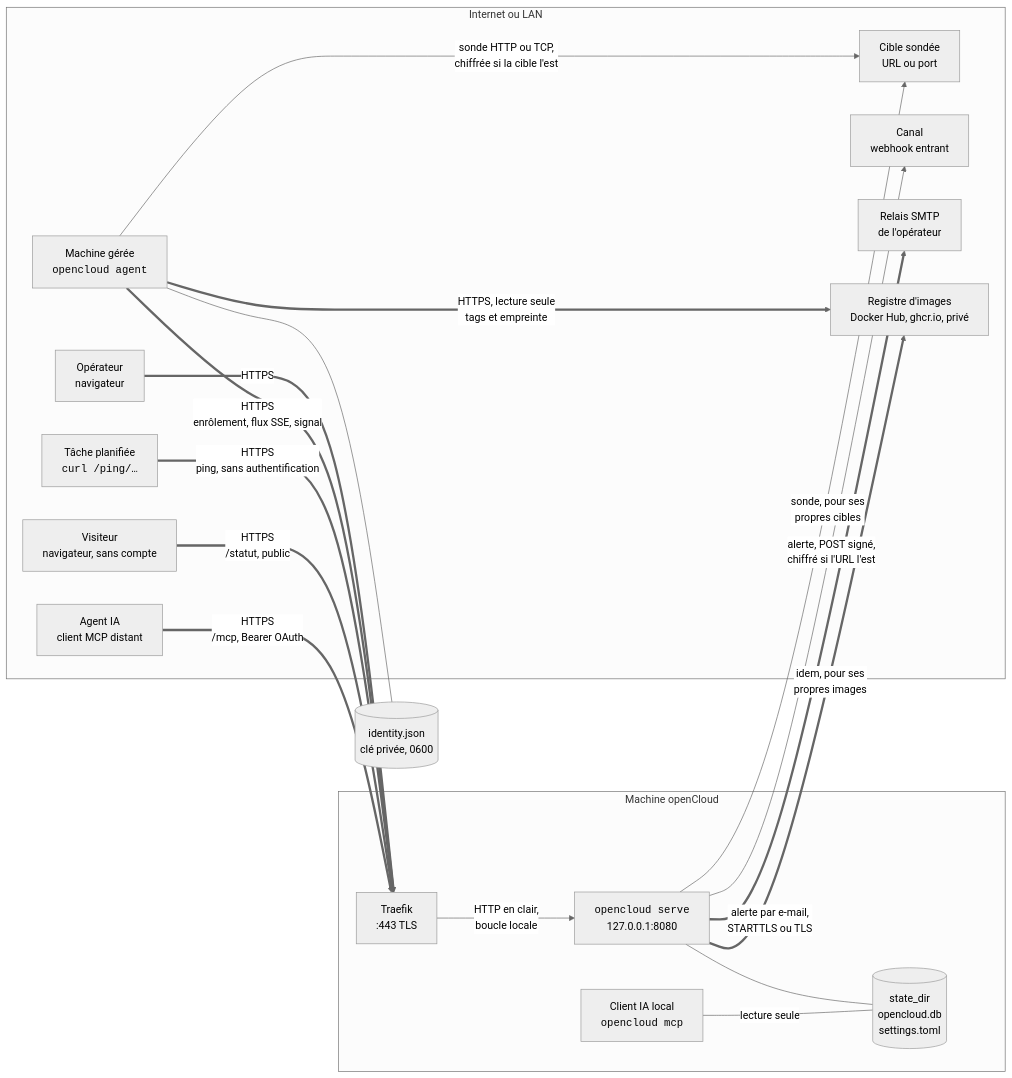
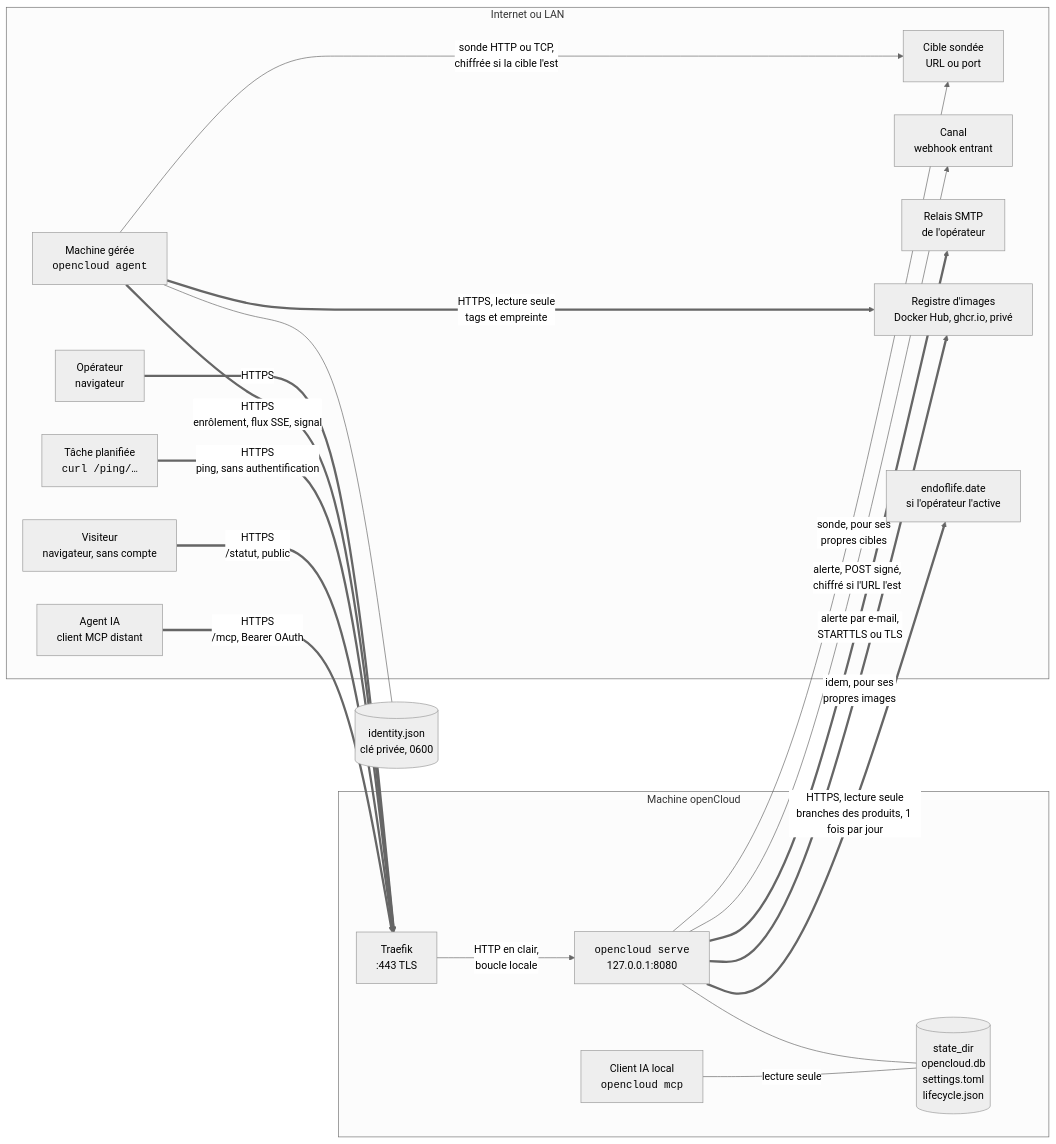
Before and after one commit to ldesfontaine/opencloud: the diagram in docs/projet/22-fonctionnement.md, drawn with Mermaid (neutral theme). The commit also changed other lines of this file and 31 other files, not shown here.

````diff
--- a/docs/projet/22-fonctionnement.md
+++ b/docs/projet/22-fonctionnement.md
@@ -29,35 +30,37 @@
 ```mermaid
 flowchart LR
     subgraph internet["Internet ou LAN"]
         op["Opérateur<br>navigateur"]
         ag["Machine gérée<br><code>opencloud agent</code>"]
         job["Tâche planifiée<br><code>curl /ping/…</code>"]
         tgt["Cible sondée<br>URL ou port"]
         vis["Visiteur<br>navigateur, sans compte"]
         hook["Canal<br>webhook entrant"]
         smtp["Relais SMTP<br>de l'opérateur"]
         reg["Registre d'images<br>Docker Hub, ghcr.io, privé"]
+        eol["endoflife.date<br>si l'opérateur l'active"]
         ai["Agent IA<br>client MCP distant"]
     end
     subgraph oc["Machine openCloud"]
         tr["Traefik<br>:443 TLS"]
         srv["<code>opencloud serve</code><br>127.0.0.1:8080"]
-        db[("state_dir<br>opencloud.db<br>settings.toml")]
+        db[("state_dir<br>opencloud.db<br>settings.toml<br>lifecycle.json")]
         cli["Client IA local<br><code>opencloud mcp</code>"]
         tr -- "HTTP en clair,<br>boucle locale" --> srv
         srv --- db
         cli -- "lecture seule" --- db
     end
     op == "HTTPS" ==> tr
     ag == "HTTPS<br>enrôlement, flux SSE, signal" ==> tr
     job == "HTTPS<br>ping, sans authentification" ==> tr
     vis == "HTTPS<br>/statut, public" ==> tr
     ai == "HTTPS<br>/mcp, Bearer OAuth" ==> tr
     ag -- "sonde HTTP ou TCP,<br>chiffrée si la cible l'est" --> tgt
     srv -- "sonde, pour ses<br>propres cibles" --> tgt
     srv -- "alerte, POST signé,<br>chiffré si l'URL l'est" --> hook
     srv == "alerte par e-mail,<br>STARTTLS ou TLS" ==> smtp
     ag == "HTTPS, lecture seule<br>tags et empreinte" ==> reg
     srv == "idem, pour ses<br>propres images" ==> reg
+    srv == "HTTPS, lecture seule<br>branches des produits, 1 fois par jour" ==> eol
     ag --- id[("identity.json<br>clé privée, 0600")]
 ```
````
